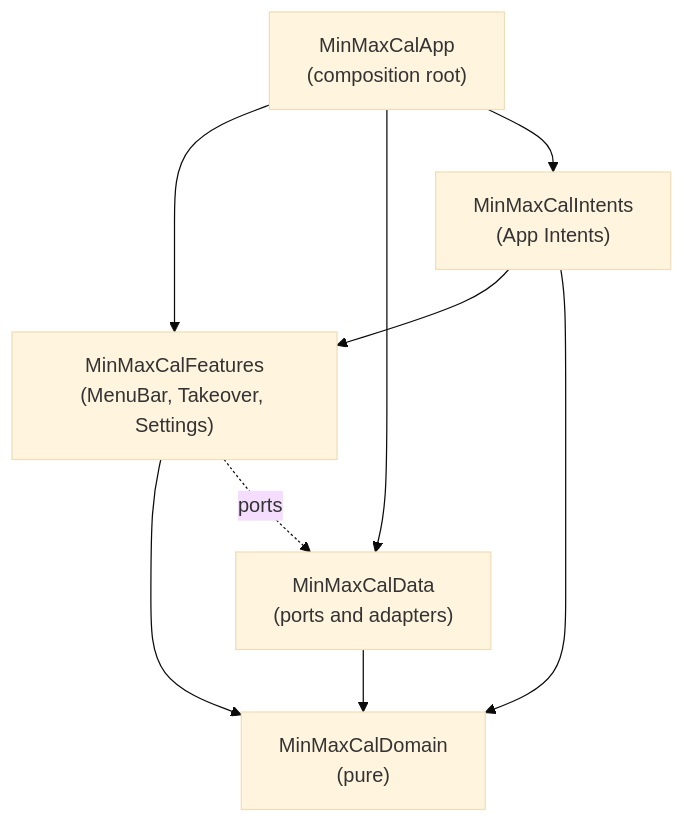
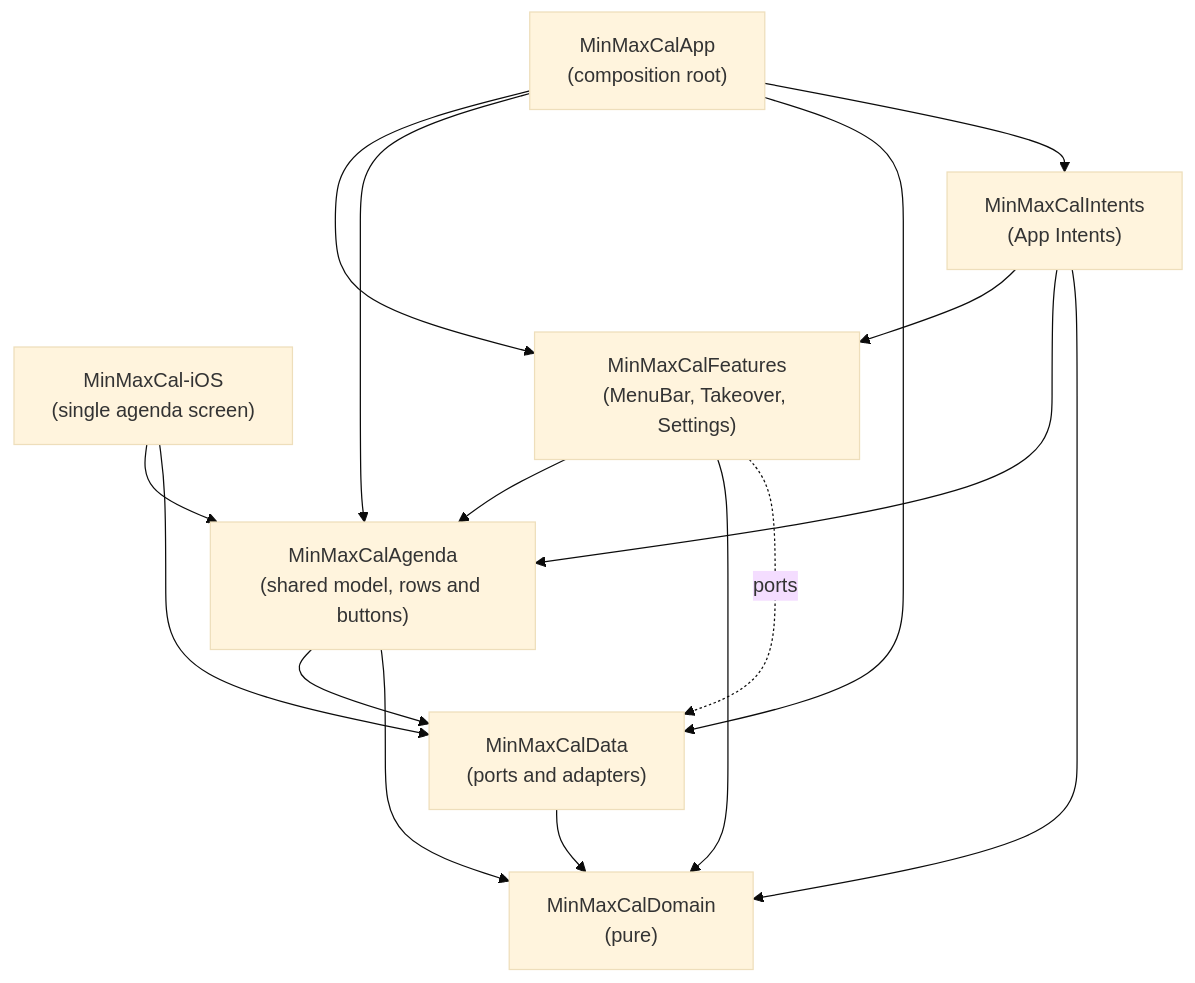
The second of 2 diagrams in ARCHITECTURE.md (MikeMcQuaid/MinMaxCal), drawn with Mermaid (base theme) before and after one commit. The commit also changed other lines of this file and 70 other files, not shown here.

First line of the commit message:
Add an iPhone agenda with shared views

````diff
--- a/ARCHITECTURE.md
+++ b/ARCHITECTURE.md
@@ -172,14 +186,18 @@
 ```mermaid
 flowchart TD
     App["MinMaxCalApp<br/>(composition root)"]
+    iOS["MinMaxCal-iOS<br/>(single agenda screen)"]
+    Agenda["MinMaxCalAgenda<br/>(shared model, rows and buttons)"]
     Features["MinMaxCalFeatures<br/>(MenuBar, Takeover, Settings)"]
     Intents["MinMaxCalIntents<br/>(App Intents)"]
     Data["MinMaxCalData<br/>(ports and adapters)"]
     Domain["MinMaxCalDomain<br/>(pure)"]
 
-    App --> Features & Data & Intents
-    Intents --> Features & Domain
-    Features --> Domain
+    App --> Features & Agenda & Data & Intents
+    iOS --> Agenda & Data
+    Intents --> Features & Agenda & Domain
+    Features --> Agenda & Domain
+    Agenda --> Data & Domain
     Features -.->|ports| Data
     Data --> Domain
 ```
````
